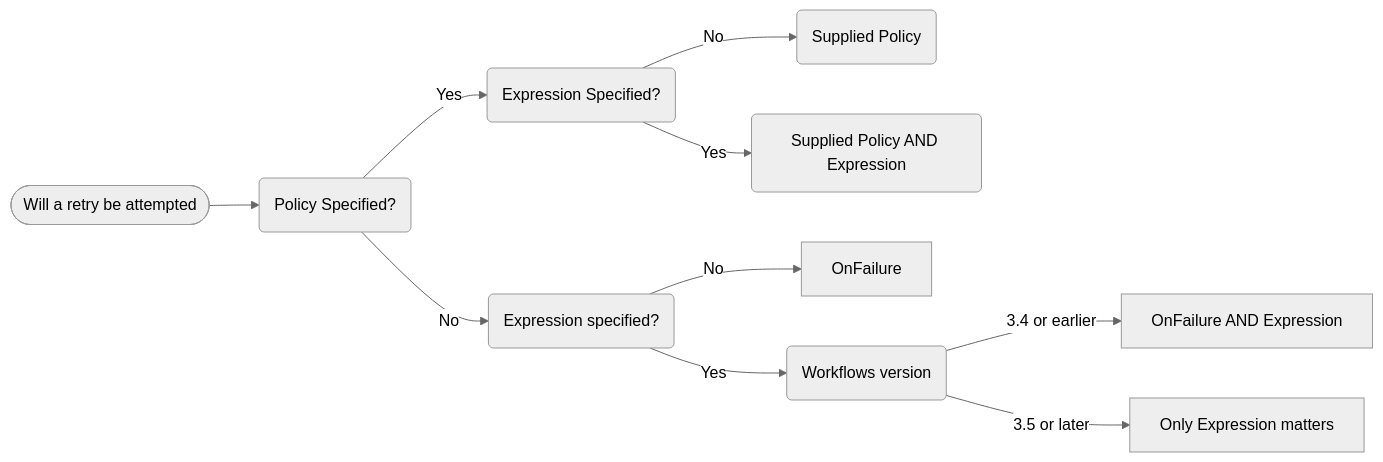
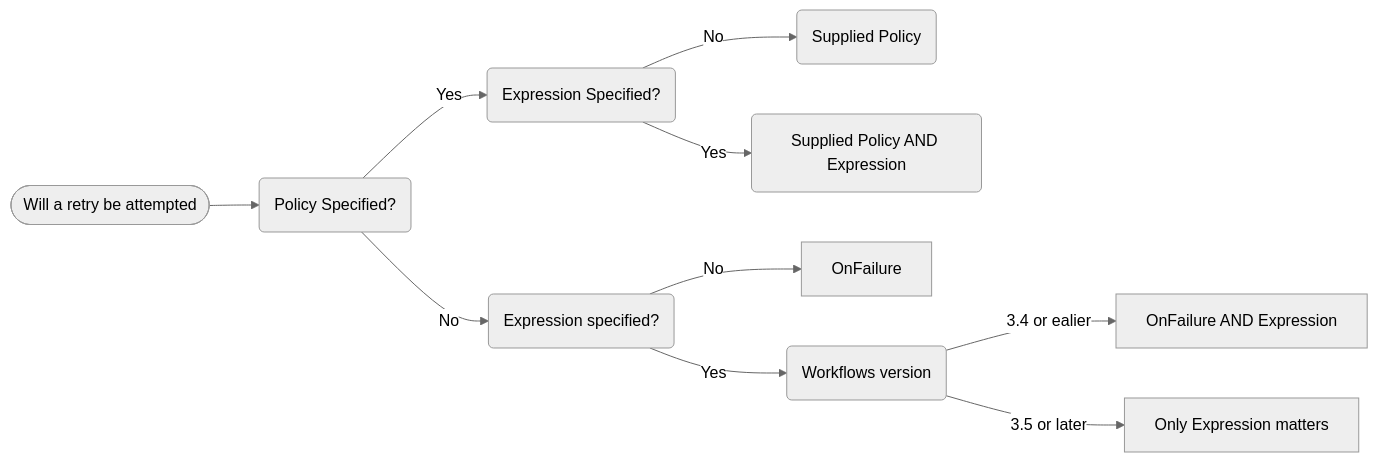
The diagram in docs/retries.md (tico24/argo-workflows), drawn with Mermaid (neutral theme) before and after one commit. The commit also changed other lines of this file and 2309 other files, not shown here.

````diff
--- a/docs/retries.md
+++ b/docs/retries.md
@@ -40,22 +40,22 @@
 ```mermaid
 flowchart LR
   start([Will a retry be attempted])
   start --> policy
   policy(Policy Specified?)
   policy-->|No|expressionNoPolicy
   policy-->|Yes|policyGiven
   policyGiven(Expression Specified?)
   policyGiven-->|No|policyGivenApplies
   policyGiven-->|Yes|policyAndExpression
   policyGivenApplies(Supplied Policy)
   policyAndExpression(Supplied Policy AND Expression)
   expressionNoPolicy(Expression specified?)
   expressionNoPolicy-->|No|onfailureNoExpr
   expressionNoPolicy-->|Yes|version
   onfailureNoExpr[OnFailure]
   onfailure[OnFailure AND Expression]
   version(Workflows version)
-  version-->|3.4 or earlier|onfailure
+  version-->|3.4 or ealier|onfailure
   always[Only Expression matters]
   version-->|3.5 or later|always
 ```
````
